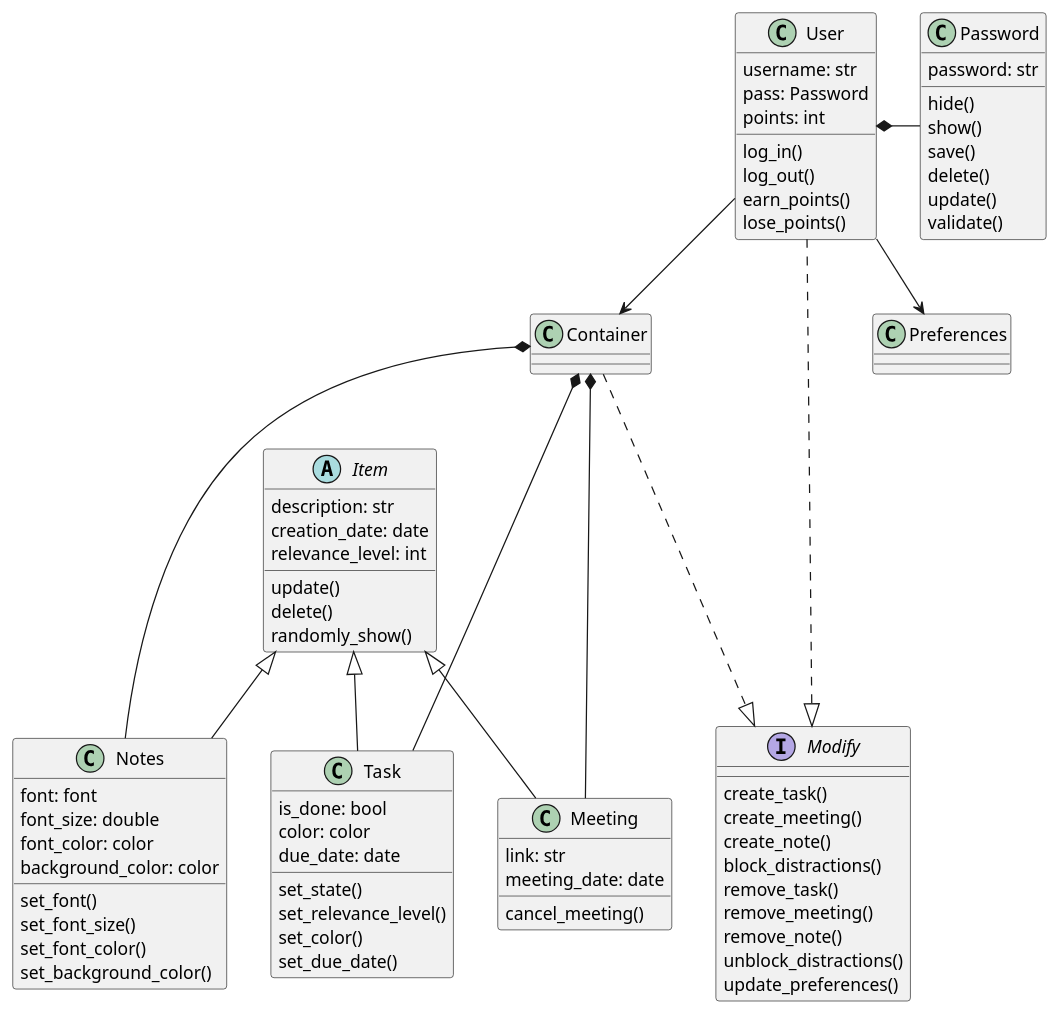
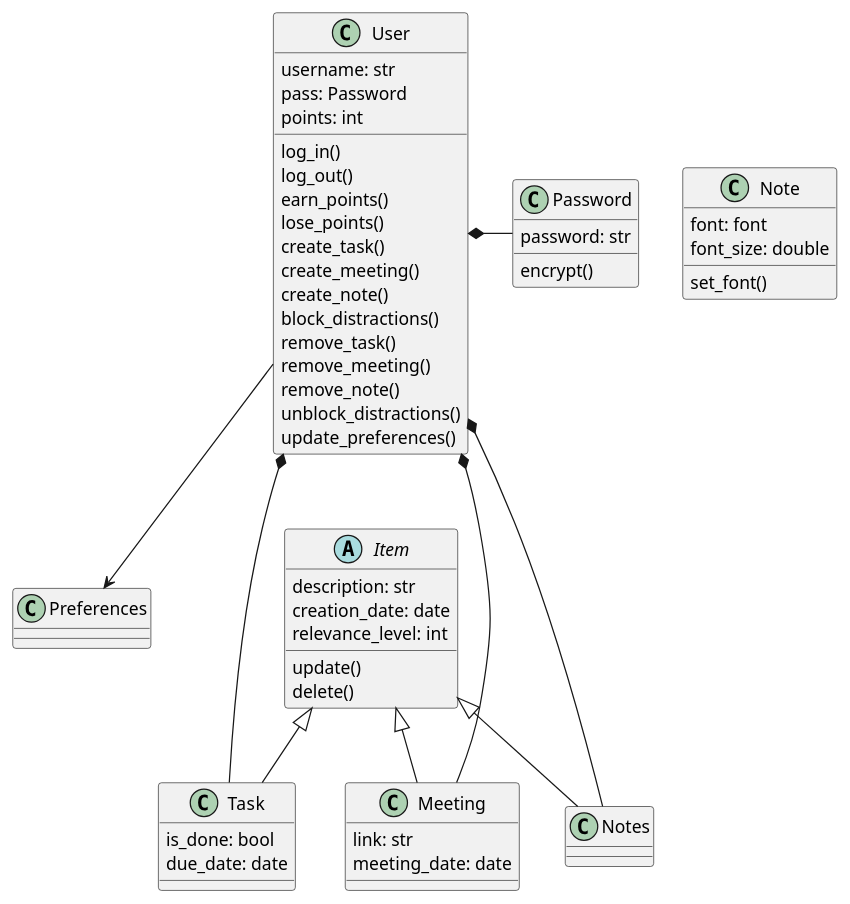
The diagram in Proyecto.puml (ATJaime/AJCalendar), drawn with PlantUML before and after one commit. The commit also changed 8 other files, not shown here.

Commit message:
Modificación del planteamiento del programa(UML) y de las interfaces.

```diff
--- a/Proyecto.puml
+++ b/Proyecto.puml
@@ -1,103 +1,73 @@
 @startuml Proyecto 
 
 class Password{
     password: str
-    hide()
-    show()
-    save()
-    delete()
-    update()
-    validate()
+    encrypt()
 }
 
 class User{
     username: str
     pass: Password
     points: int
 
     log_in()
     log_out() 
     earn_points()
-    lose_points()   
+    lose_points() 
+    create_task()
+    create_meeting()
+    create_note()
+    block_distractions()
+    remove_task()
+    remove_meeting()
+    remove_note()
+    unblock_distractions()
+    update_preferences()  
 }
 
 abstract class "Item"{
     description: str
     creation_date: date 
     relevance_level: int
 
     update()
     delete()
-    randomly_show()
 }
 
-class Notes{
+class Note{
     font: font 
     font_size: double
-    font_color: color
-    background_color: color
     
     set_font()
-    set_font_size()
-    set_font_color()
-    set_background_color()
-    
 }
 
 class Task{
     is_done: bool
-    color: color
     due_date: date
-
-    set_state()
-    set_relevance_level()
-    set_color()
-    set_due_date()
 }
 
 class Meeting{
     link: str
     meeting_date: date
-
-    cancel_meeting()
-}
-
-class Container{
-    
 }
 
 class Preferences{
 
 }
 
-interface Modify{
-    create_task()
-    create_meeting()
-    create_note()
-    block_distractions()
-    remove_task()
-    remove_meeting()
-    remove_note()
-    unblock_distractions()
-    update_preferences()
-    
-}
 
 
 Item <|-- Task
 Item <|-- Meeting
 Item <|-- Notes
 
-Container *-- Task
-Container *--- Meeting
-Container *--- Notes
+User *-- Task
+User *--- Meeting
+User *--- Notes
 
 User *- Password
 
-Container ...|> Modify
-User -->Container
 User --> Preferences
-User ...|> Modify
 
 
 @enduml
```
